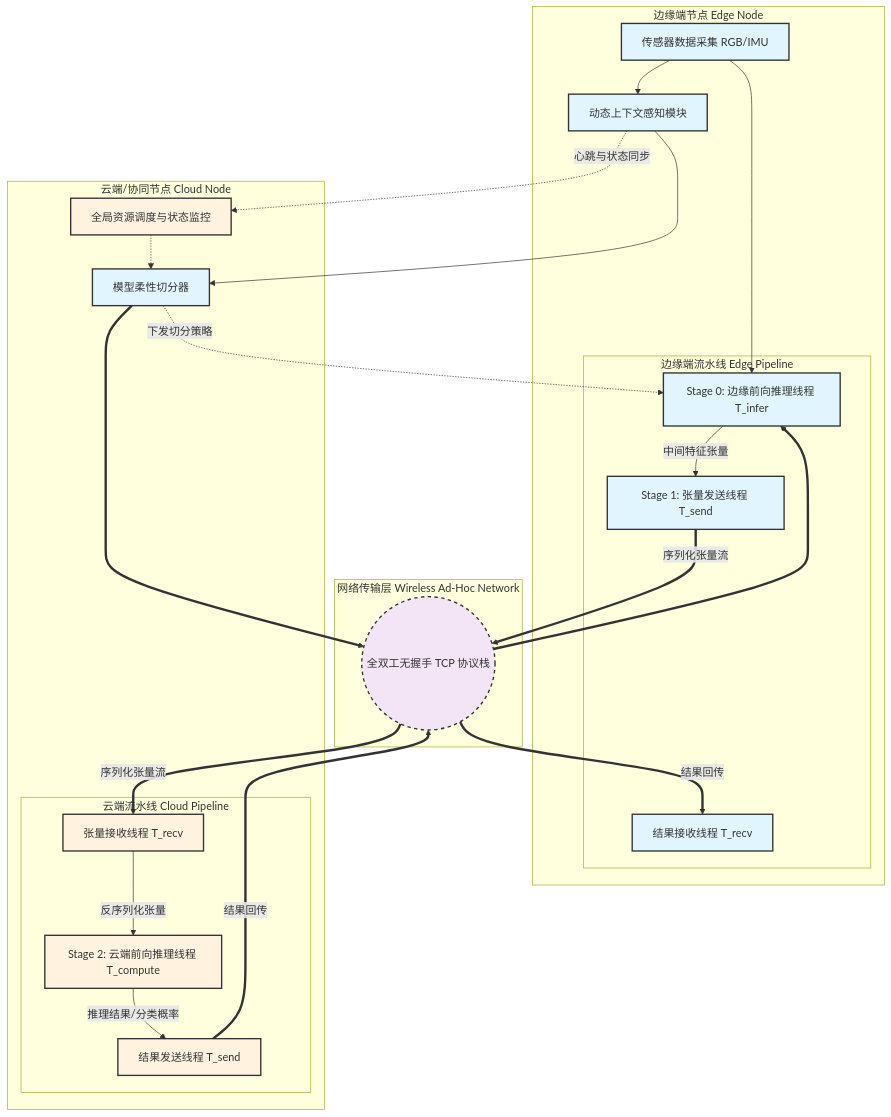
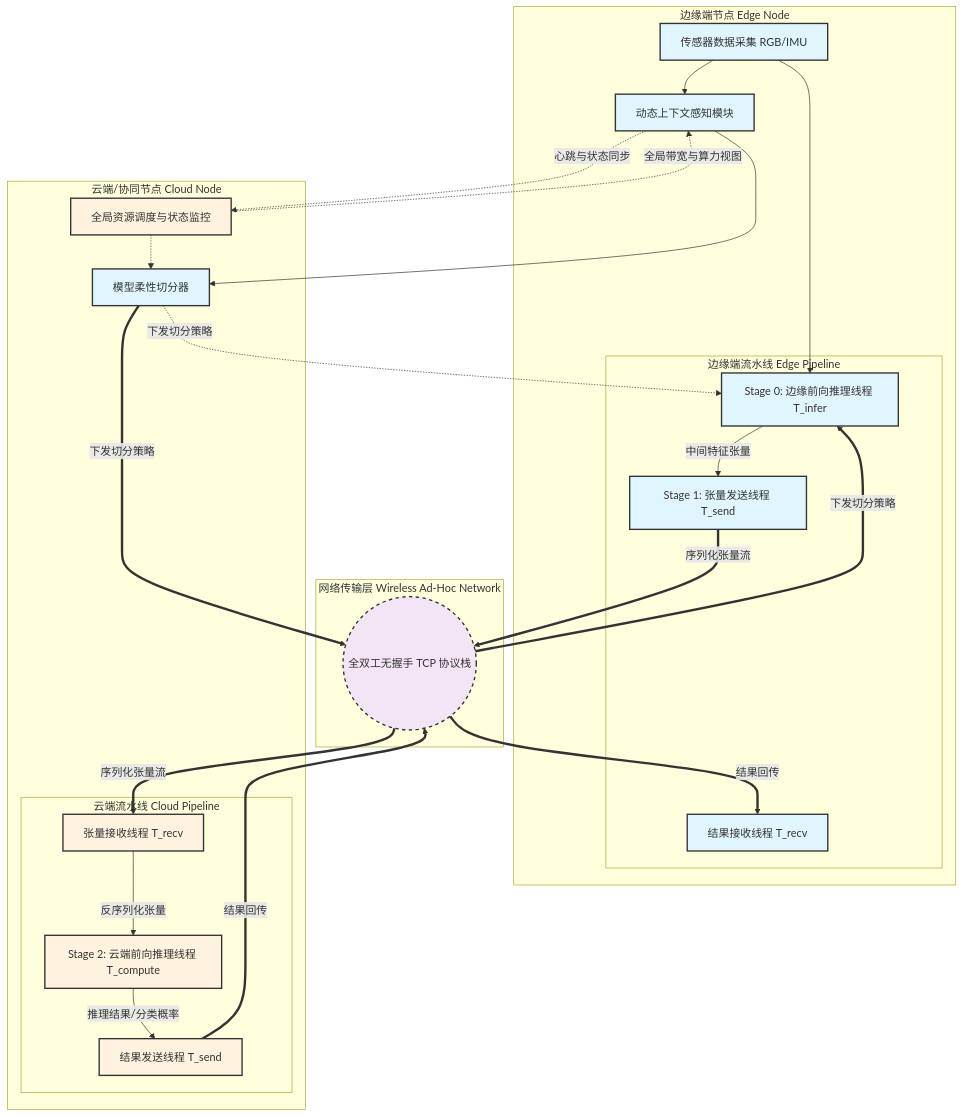
Before and after one commit to intmain-yy/iodraw-files: the diagram in all/AI-1.md, drawn with Mermaid.

Commit message:
2026-02-27 16:53:59 update

````diff
--- a/all/AI-1.md
+++ b/all/AI-1.md
@@ -1,55 +1,55 @@
 ```mermaid
 graph TD
     subgraph "边缘端节点 Edge Node"
         A1["传感器数据采集 RGB/IMU"] --> A2[动态上下文感知模块]
         
         
         subgraph "边缘端流水线 Edge Pipeline"
             A4[Stage 0: 边缘前向推理线程 T_infer]
             A5[Stage 1: 张量发送线程 T_send]
             A6[结果接收线程 T_recv]
         end
         
         
         A1 --> A4
         A4 -->|中间特征张量| A5
     end
 
     subgraph "网络传输层 Wireless Ad-Hoc Network"
         N1(("全双工无握手 TCP 协议栈"))
     end
 
     subgraph "云端/协同节点 Cloud Node"
         subgraph "云端流水线 Cloud Pipeline"
             C1[张量接收线程 T_recv]
             C2[Stage 2: 云端前向推理线程 T_compute]
             C3[结果发送线程 T_send]
         end
         
         C4[全局资源调度与状态监控]
         C4-.->A3
         A2 --> A3[模型柔性切分器]
         A3 -.->|下发切分策略| A4
     end
 
     A5 ==>|序列化张量流| N1
     N1 ==>|序列化张量流| C1
-    A3 ==> N1
-    N1 ==> A4
-    
+    A3 ==>|下发切分策略| N1
+    N1 ==> |下发切分策略|A4
+    C4 -.->|全局带宽与算力视图| A2
     C1 -->|反序列化张量| C2
     C2 -->|"推理结果/分类概率"| C3
     C3 ==>|结果回传| N1
     N1 ==>|结果回传| A6
     
     A2 -.->|心跳与状态同步| C4
     %% C4 -.->|全局带宽与算力视图| A2
 
     classDef edge fill:#e1f5fe,stroke:#333,stroke-width:2px;
     classDef cloud fill:#fff3e0,stroke:#333,stroke-width:2px;
     classDef net fill:#f3e5f5,stroke:#333,stroke-width:2px,stroke-dasharray: 5 5;
     
     class A1,A2,A3,A4,A5,A6 edge;
     class C1,C2,C3,C4 cloud;
     class N1 net;
 ```
````
